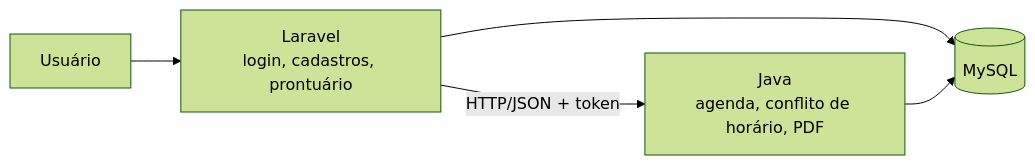
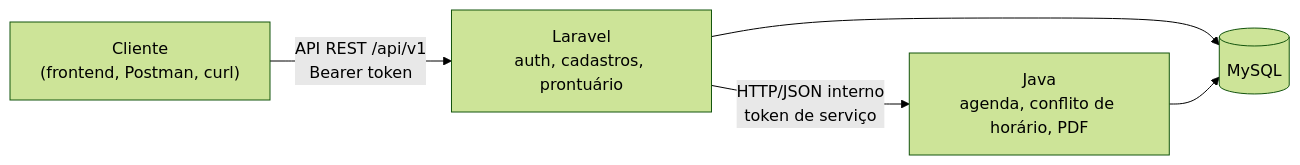
The first of 2 diagrams in README.md (Firmino03/CliniGo), drawn with Mermaid (forest theme) before and after one commit. The commit also changed other lines of this file, not shown here.

Commit message:
feat: atualizar README.md para refletir a arquitetura da API REST e detalhes de autenticação

````diff
--- a/README.md
+++ b/README.md
@@ -29,7 +30,7 @@
 ```mermaid
 flowchart LR
-    U[Usuário] --> L["Laravel<br/>login, cadastros, prontuário"]
-    L -->|HTTP/JSON + token| J["Java<br/>agenda, conflito de horário, PDF"]
+    C["Cliente<br/>(frontend, Postman, curl)"] -->|"API REST /api/v1<br/>Bearer token"| L["Laravel<br/>auth, cadastros, prontuário"]
+    L -->|"HTTP/JSON interno<br/>token de serviço"| J["Java<br/>agenda, conflito de horário, PDF"]
     L --> DB[(MySQL)]
     J --> DB
 ```
````
